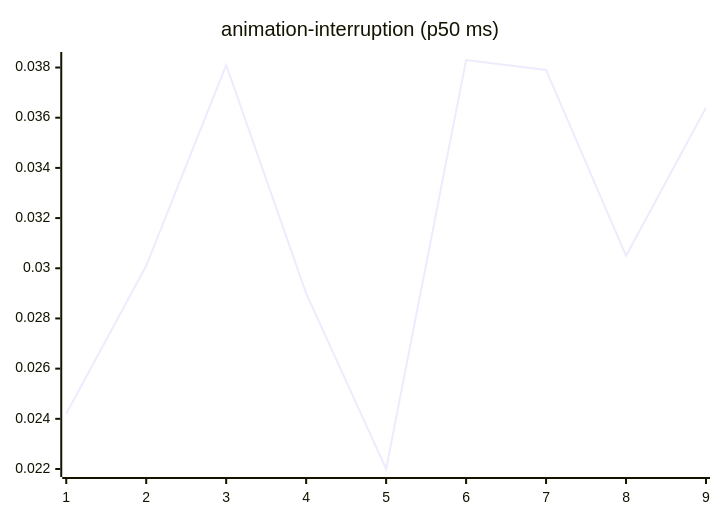
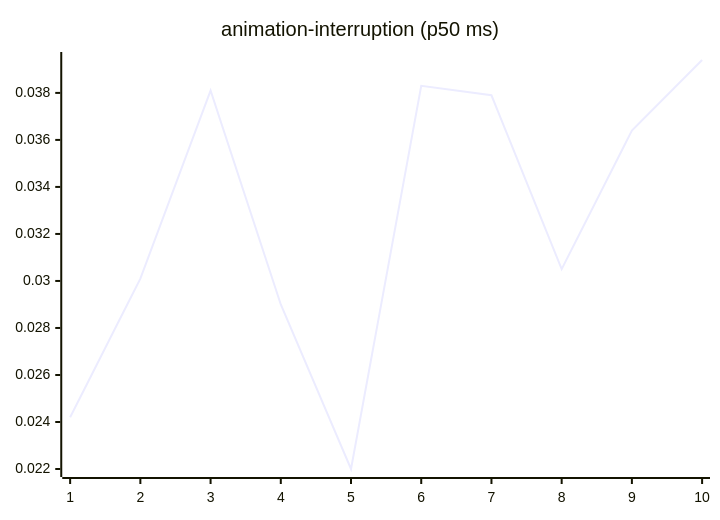
One commit to josha/Facet changed the third of 27 diagrams in README.md. Above: the diagram before and after it, drawn with Mermaid. The commit also changed other lines of this file and 2 other files, not shown here.

````diff
--- a/README.md
+++ b/README.md
@@ -77,6 +77,6 @@
 ```mermaid
 xychart-beta
     title "animation-interruption (p50 ms)"
-    x-axis 1 --> 9
-    line [0.0242, 0.0301, 0.0381, 0.0290, 0.0220, 0.0383, 0.0379, 0.0305, 0.0364]
+    x-axis 1 --> 10
+    line [0.0242, 0.0301, 0.0381, 0.0290, 0.0220, 0.0383, 0.0379, 0.0305, 0.0364, 0.0394]
 ```
````
